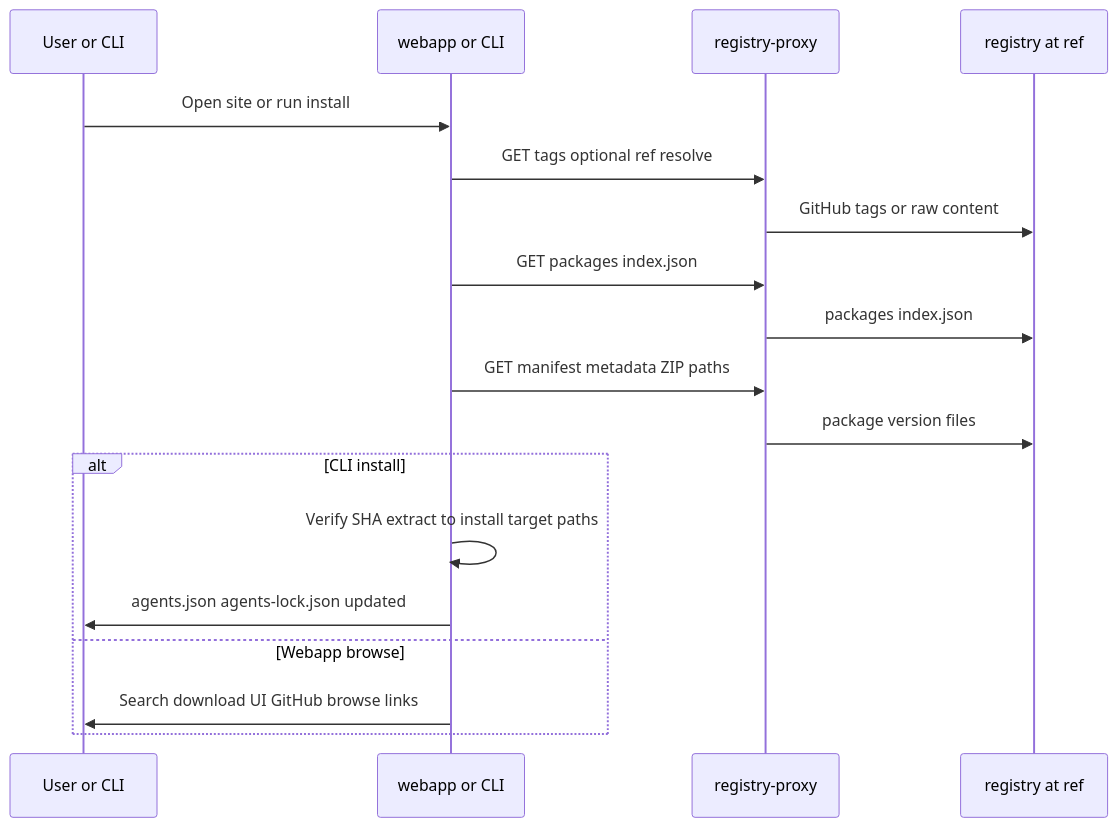
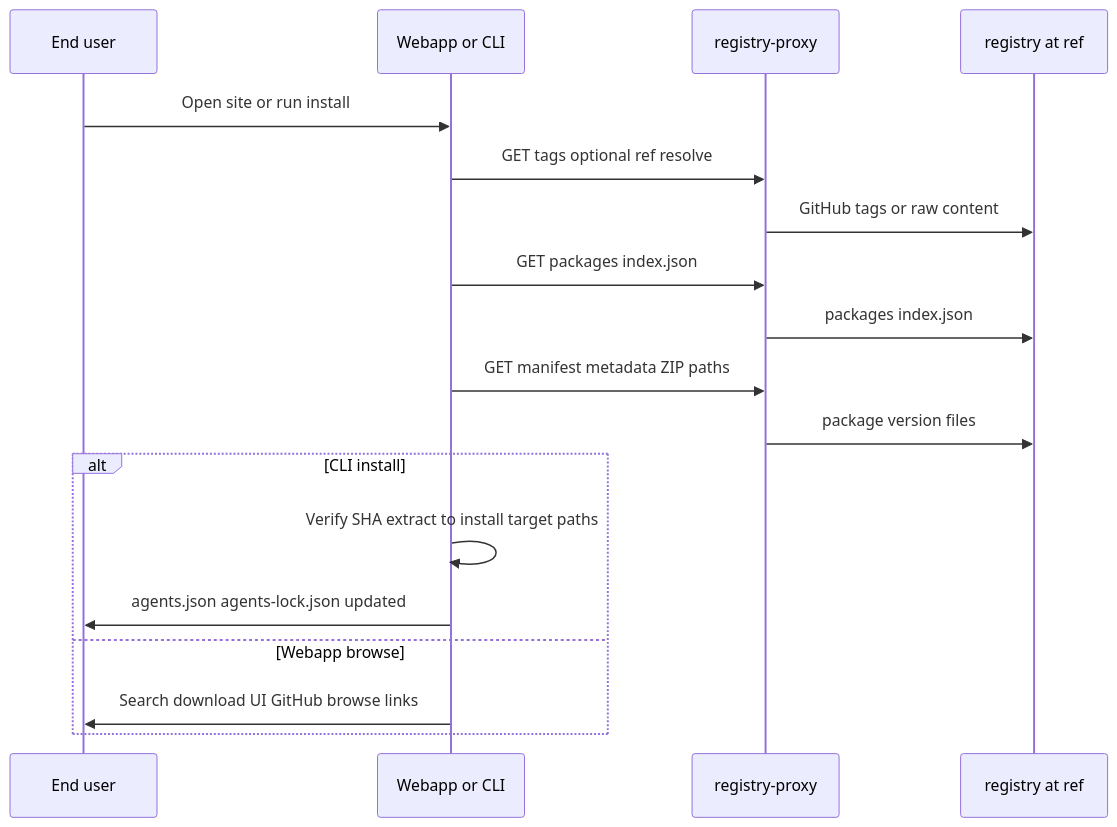
Before and after one commit to agents-repo/.github: the third of 4 diagrams in docs/ecosystem.md, drawn with Mermaid.

Commit message:
docs: clarify browse/install sequence participants

````diff
--- a/docs/ecosystem.md
+++ b/docs/ecosystem.md
@@ -115,21 +115,21 @@
 ```mermaid
 sequenceDiagram
-  participant U as User or CLI
-  participant W as webapp or CLI
+  participant U as End user
+  participant W as Webapp or CLI
   participant P as registry-proxy
   participant Reg as registry at ref
 
   U->>W: Open site or run install
   W->>P: GET tags optional ref resolve
   P->>Reg: GitHub tags or raw content
   W->>P: GET packages index.json
   P->>Reg: packages index.json
   W->>P: GET manifest metadata ZIP paths
   P->>Reg: package version files
   alt CLI install
     W->>W: Verify SHA extract to install target paths
     W->>U: agents.json agents-lock.json updated
   else Webapp browse
     W->>U: Search download UI GitHub browse links
   end
 ```
````
